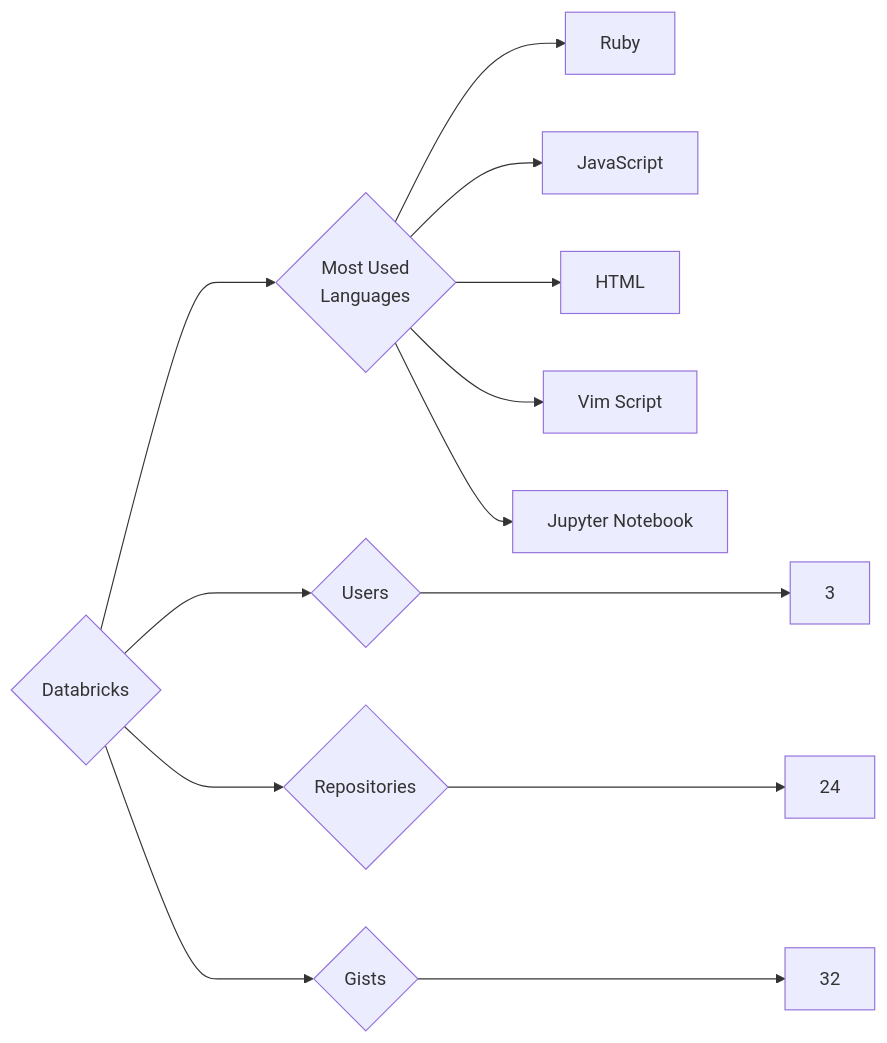
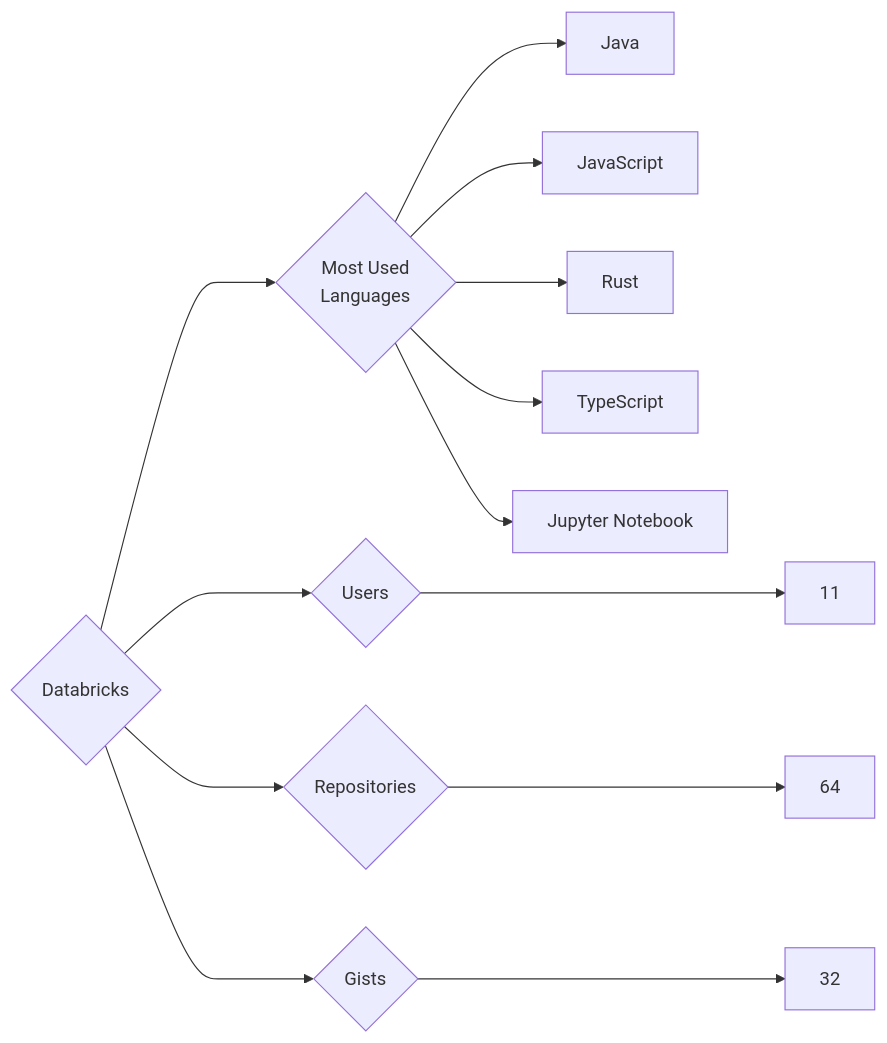
Before and after one commit to trickest/insiders: the diagram in targets/Databricks/README.md, drawn with Mermaid. The commit also changed 1149 other files, not shown here.

````diff
--- a/targets/Databricks/README.md
+++ b/targets/Databricks/README.md
@@ -3,13 +3,13 @@
 ```mermaid
 graph LR
 COMPANY_NAME{Databricks}
-COMPANY_NAME ---> U{Users} ---> UN[3]
-COMPANY_NAME ---> R{Repositories} ---> RN[24]
+COMPANY_NAME ---> U{Users} ---> UN[11]
+COMPANY_NAME ---> R{Repositories} ---> RN[64]
 COMPANY_NAME ---> G{Gists} ---> GN[32]
 COMPANY_NAME ---> ML{Most Used<br>Languages}
-ML --> Ruby[Ruby]
+ML --> Java[Java]
 ML --> JavaScript[JavaScript]
-ML --> HTML[HTML]
-ML --> Vim_Script[Vim Script]
+ML --> Rust[Rust]
+ML --> TypeScript[TypeScript]
 ML --> Jupyter_Notebook[Jupyter Notebook]
 ```
````
